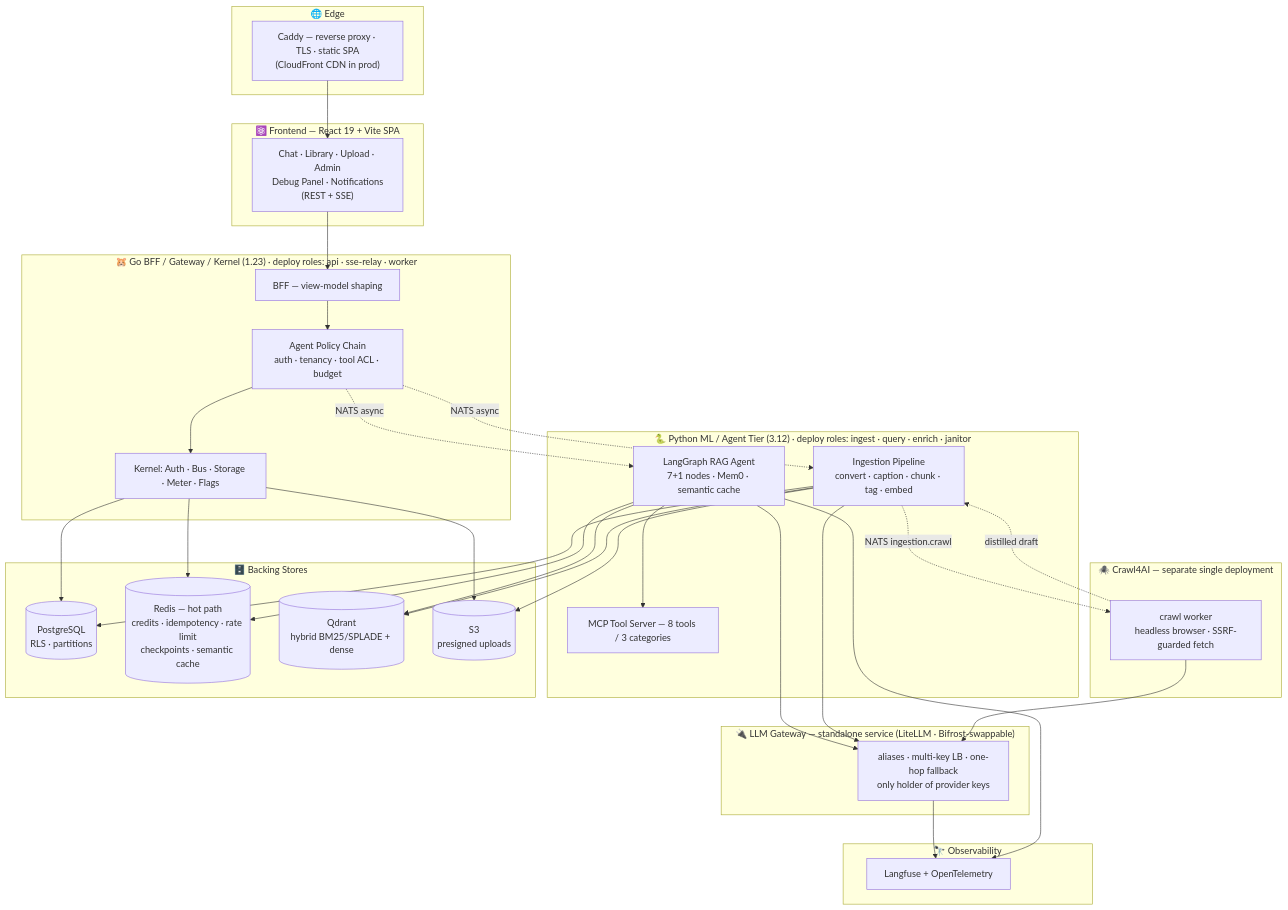
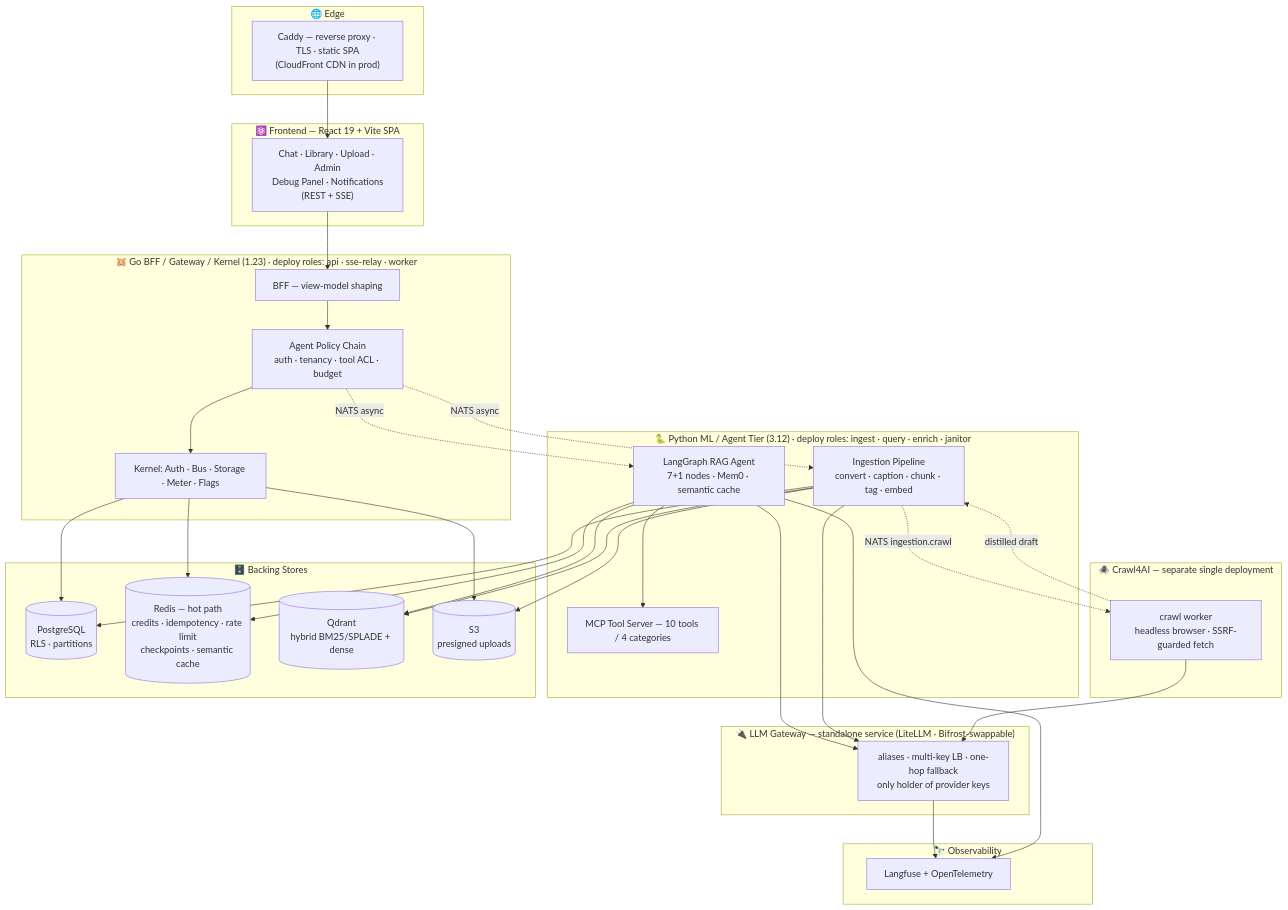
Before and after one commit to truongpx396/aisat-intel: the first of 7 diagrams in README.md, drawn with Mermaid. The commit also changed other lines of this file and 23 other files, not shown here.

````diff
--- a/README.md
+++ b/README.md
@@ -82,57 +82,57 @@
 ```mermaid
 flowchart TB
     subgraph Edge["🌐 Edge"]
         Caddy["Caddy — reverse proxy · TLS · static SPA<br/>(CloudFront CDN in prod)"]
     end
 
     subgraph FE["⚛️ Frontend — React 19 + Vite SPA"]
         SPA["Chat · Library · Upload · Admin<br/>Debug Panel · Notifications<br/>(REST + SSE)"]
     end
 
     subgraph GO["🐹 Go BFF / Gateway / Kernel (1.23) · deploy roles: api · sse-relay · worker"]
         BFF["BFF — view-model shaping"]
         Policy["Agent Policy Chain<br/>auth · tenancy · tool ACL · budget"]
         Kernel["Kernel: Auth · Bus · Storage · Meter · Flags"]
     end
 
     subgraph PY["🐍 Python ML / Agent Tier (3.12) · deploy roles: ingest · query · enrich · janitor"]
         Ingest["Ingestion Pipeline<br/>convert · caption · chunk · tag · embed"]
         Agent["LangGraph RAG Agent<br/>7+1 nodes · Mem0 · semantic cache"]
-        MCP["MCP Tool Server — 8 tools / 3 categories"]
+        MCP["MCP Tool Server — 10 tools / 4 categories"]
     end
 
     subgraph CRAWL["🕷️ Crawl4AI — separate single deployment"]
         Crawl["crawl worker<br/>headless browser · SSRF-guarded fetch"]
     end
 
     subgraph GATEWAY["🔌 LLM Gateway — standalone service (LiteLLM · Bifrost-swappable)"]
         Gateway["aliases · multi-key LB · one-hop fallback<br/>only holder of provider keys"]
     end
 
     subgraph DATA["🗄️ Backing Stores"]
         PG[("PostgreSQL<br/>RLS · partitions")]
         Redis[("Redis — hot path<br/>credits · idempotency · rate limit<br/>checkpoints · semantic cache")]
         Qdrant[("Qdrant<br/>hybrid BM25/SPLADE + dense")]
         S3[("S3<br/>presigned uploads")]
     end
 
     subgraph OBS["🔭 Observability"]
         LF["Langfuse + OpenTelemetry"]
     end
 
     Caddy --> SPA --> BFF
     BFF --> Policy --> Kernel
     Policy -. NATS async .-> Ingest
     Policy -. NATS async .-> Agent
     Agent --> Gateway
     Agent --> MCP
     Ingest --> Gateway
     Ingest -.->|"NATS ingestion.crawl"| Crawl
     Crawl -.->|"distilled draft"| Ingest
     Crawl --> Gateway
     Kernel --> PG & Redis & S3
     Agent --> Qdrant & Redis
     Ingest --> Qdrant & PG & S3
     Gateway --> LF
     Agent --> LF
 ```
````
